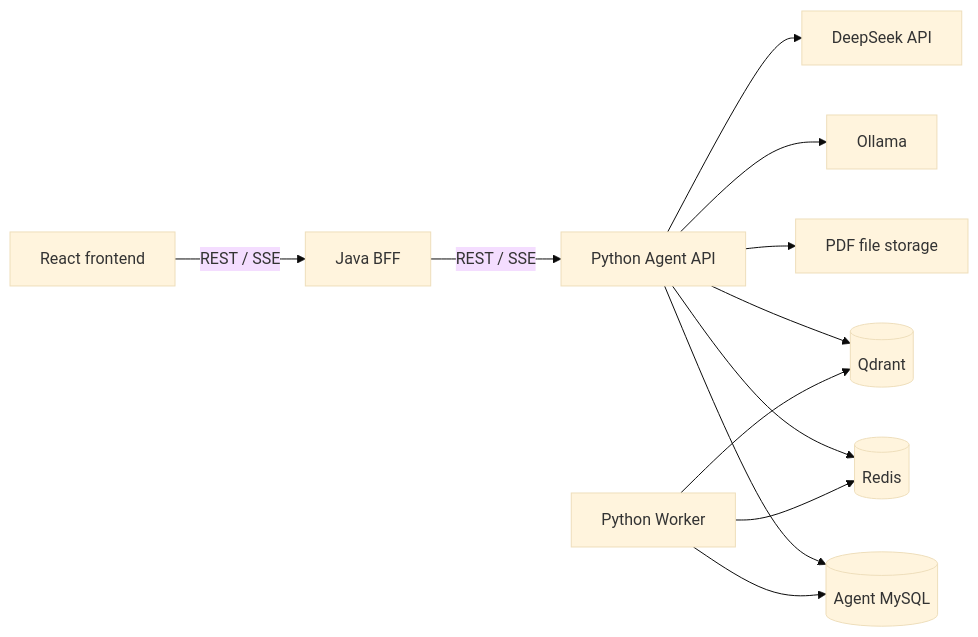
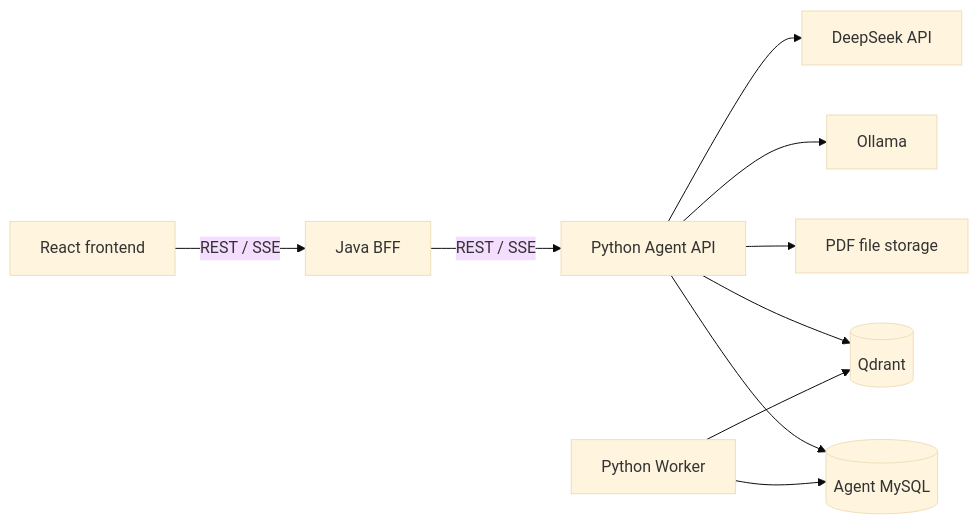
Before and after one commit to Liumy1212/ScholarAgent: the diagram in docs/architecture.md, drawn with Mermaid (base theme). The commit also changed other lines of this file and 4 other files, not shown here.

Commit message:
docs: refocus v0.1 roadmap on usable agent demo

````diff
--- a/docs/architecture.md
+++ b/docs/architecture.md
@@ -25,14 +25,12 @@
 ```mermaid
 flowchart LR
     React[React frontend] -->|REST / SSE| Java[Java BFF]
     Java -->|REST / SSE| Agent[Python Agent API]
     Agent --> MySQL[(Agent MySQL)]
-    Agent --> Redis[(Redis)]
     Agent --> Files[PDF file storage]
     Agent --> Qdrant[(Qdrant)]
     Agent --> Ollama[Ollama]
     Agent --> DeepSeek[DeepSeek API]
     Worker[Python Worker] --> MySQL
-    Worker --> Redis
     Worker --> Qdrant
 ```
````
